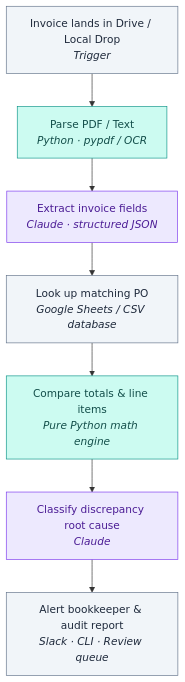
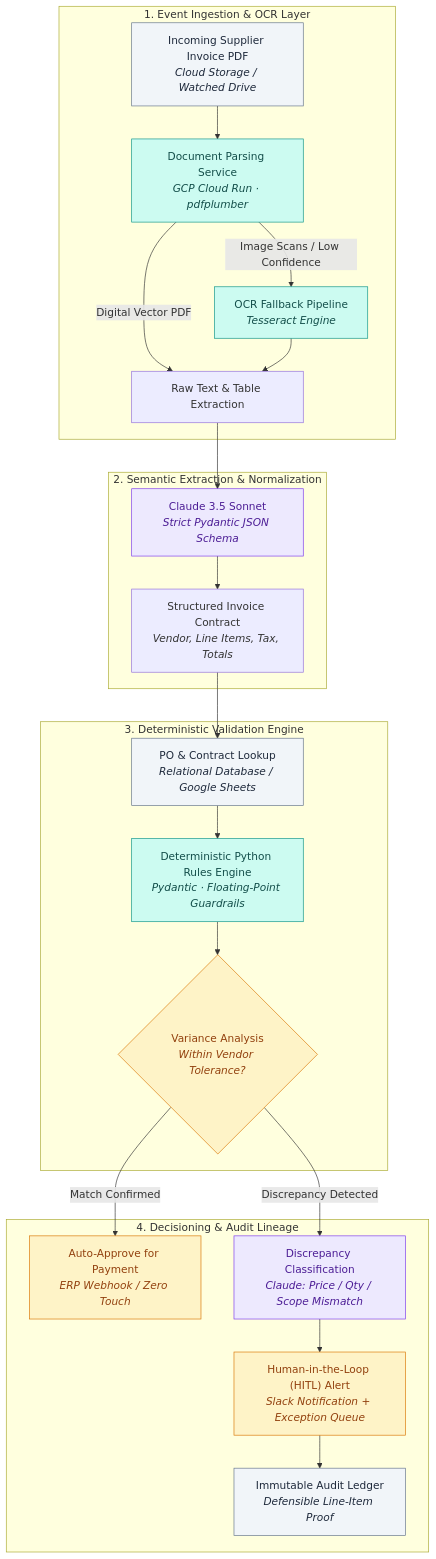
One commit to amandahervol-alt/Invoice-Reconciliation-Agent changed the diagram in README.md. Above: the diagram before and after it, drawn with Mermaid. The commit also changed other lines of this file, not shown here.

````diff
--- a/README.md
+++ b/README.md
@@ -11,16 +50,37 @@
 ```mermaid
 flowchart TD
-    A["Invoice lands in Drive / Local Drop<br/><i>Trigger</i>"] --> B["Parse PDF / Text<br/><i>Python · pypdf / OCR</i>"]
-    B --> C["Extract invoice fields<br/><i>Claude · structured JSON</i>"]
-    C --> D["Look up matching PO<br/><i>Google Sheets / CSV database</i>"]
-    D --> E["Compare totals & line items<br/><i>Pure Python math engine</i>"]
-    E --> F["Classify discrepancy root cause<br/><i>Claude</i>"]
-    F --> G["Alert bookkeeper & audit report<br/><i>Slack · CLI · Review queue</i>"]
+    subgraph Ingestion ["1. Event Ingestion & OCR Layer"]
+        A["Incoming Supplier Invoice PDF<br/><i>Cloud Storage / Watched Drive</i>"] --> B["Document Parsing Service<br/><i>GCP Cloud Run · pdfplumber</i>"]
+        B -->|Image Scans / Low Confidence| C["OCR Fallback Pipeline<br/><i>Tesseract Engine</i>"]
+        B -->|Digital Vector PDF| D["Raw Text & Table Extraction"]
+        C --> D
+    end
 
-    classDef llm fill:#ede9fe,stroke:#7c3aed,color:#4c1d95;
-    classDef code fill:#ccfbf1,stroke:#0d9488,color:#134e4a;
-    classDef orch fill:#f1f5f9,stroke:#64748b,color:#1e293b;
-    class A,D,G orch;
-    class B,E code;
-    class C,F llm;
+    subgraph Extraction ["2. Semantic Extraction & Normalization"]
+        D --> E["Claude 3.5 Sonnet<br/><i>Strict Pydantic JSON Schema</i>"]
+        E --> F["Structured Invoice Contract<br/><i>Vendor, Line Items, Tax, Totals</i>"]
+    end
+
+    subgraph Reconciliation ["3. Deterministic Validation Engine"]
+        F --> G["PO & Contract Lookup<br/><i>Relational Database / Google Sheets</i>"]
+        G --> H["Deterministic Python Rules Engine<br/><i>Pydantic · Floating-Point Guardrails</i>"]
+        H --> I{"Variance Analysis<br/><i>Within Vendor Tolerance?</i>"}
+    end
+
+    subgraph Decision ["4. Decisioning & Audit Lineage"]
+        I -->|Match Confirmed| J["Auto-Approve for Payment<br/><i>ERP Webhook / Zero Touch</i>"]
+        I -->|Discrepancy Detected| K["Discrepancy Classification<br/><i>Claude: Price / Qty / Scope Mismatch</i>"]
+        K --> L["Human-in-the-Loop (HITL) Alert<br/><i>Slack Notification + Exception Queue</i>"]
+        L --> M["Immutable Audit Ledger<br/><i>Defensible Line-Item Proof</i>"]
+    end
+
+    classDef neural fill:#ede9fe,stroke:#7c3aed,color:#4c1d95;
+    classDef symbolic fill:#ccfbf1,stroke:#0d9488,color:#134e4a;
+    classDef storage fill:#f1f5f9,stroke:#64748b,color:#1e293b;
+    classDef decision fill:#fef3c7,stroke:#d97706,color:#92400e;
+
+    class E,K neural;
+    class B,C,H symbolic;
+    class A,G,M storage;
+    class I,J,L decision;
 ```
````
